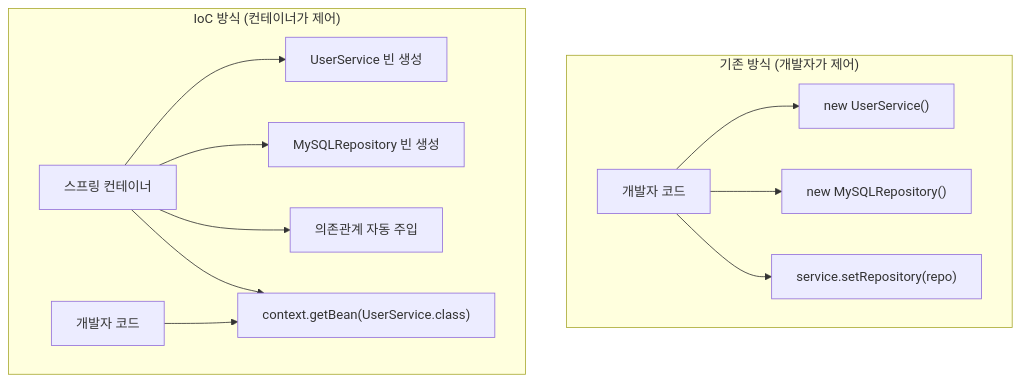
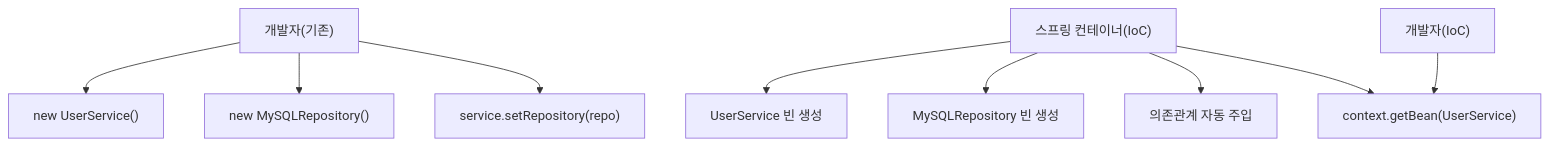
One commit to yjkim2015/yjkim2015.github.io changed the first of 4 diagrams in _posts/spring/2022-06-16-제어의역전.md. Above: the diagram before and after it, drawn with Mermaid. The commit also changed other lines of this file and 215 other files, not shown here.

First line of the commit message:
신규 포스트 10개 추가 + Mermaid 전면 축소 + SystemDesign 시리즈 보강

````diff
--- a/_posts/spring/2022-06-16-제어의역전.md
+++ b/_posts/spring/2022-06-16-제어의역전.md
@@ -55,19 +55,11 @@
 ```mermaid
 graph TD
-    subgraph "기존 방식 (개발자가 제어)"
-        DEV["개발자 코드"]
-        DEV --> CREATE1["new UserService()"]
-        DEV --> CREATE2["new MySQLRepository()"]
-        DEV --> CONNECT1["service.setRepository(repo)"]
-    end
-
-    subgraph "IoC 방식 (컨테이너가 제어)"
-        CTX["스프링 컨테이너"]
-        CTX --> CREATE3["UserService 빈 생성"]
-        CTX --> CREATE4["MySQLRepository 빈 생성"]
-        CTX --> INJECT["의존관계 자동 주입"]
-        APP["개발자 코드"]
-        APP --> GET["context.getBean(UserService.class)"]
-        CTX --> GET
-    end
+    DEV["개발자(기존)"] --> A["new UserService()"]
+    DEV --> B["new MySQLRepository()"]
+    DEV --> C["service.setRepository(repo)"]
+    CTX["스프링 컨테이너(IoC)"] --> D["UserService 빈 생성"]
+    CTX --> E["MySQLRepository 빈 생성"]
+    CTX --> F["의존관계 자동 주입"]
+    APP["개발자(IoC)"] --> G["context.getBean(UserService)"]
+    CTX --> G
 ```
````
